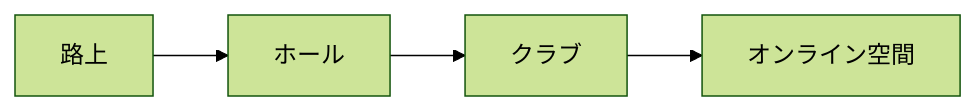
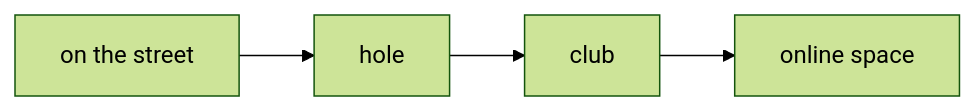
One commit to monumental-movement/monumental-movement.github.io changed the third of 3 diagrams in en/_posts/2026-02-06-column-music-urban-space.md. Above: the diagram before and after it, drawn with Mermaid (forest theme). The commit also changed other lines of this file and 801 other files, not shown here.

```diff
--- a/en/_posts/2026-02-06-column-music-urban-space.md
+++ b/en/_posts/2026-02-06-column-music-urban-space.md
@@ -212,6 +213,6 @@
 <div class="mermaid">
 flowchart LR
-A[路上] --> B[ホール]
-B --> C[クラブ]
-C --> D[オンライン空間]
+A[on the street] --> B[hole]
+B --> C[club]
+C --> D[online space]
 </div>
```
